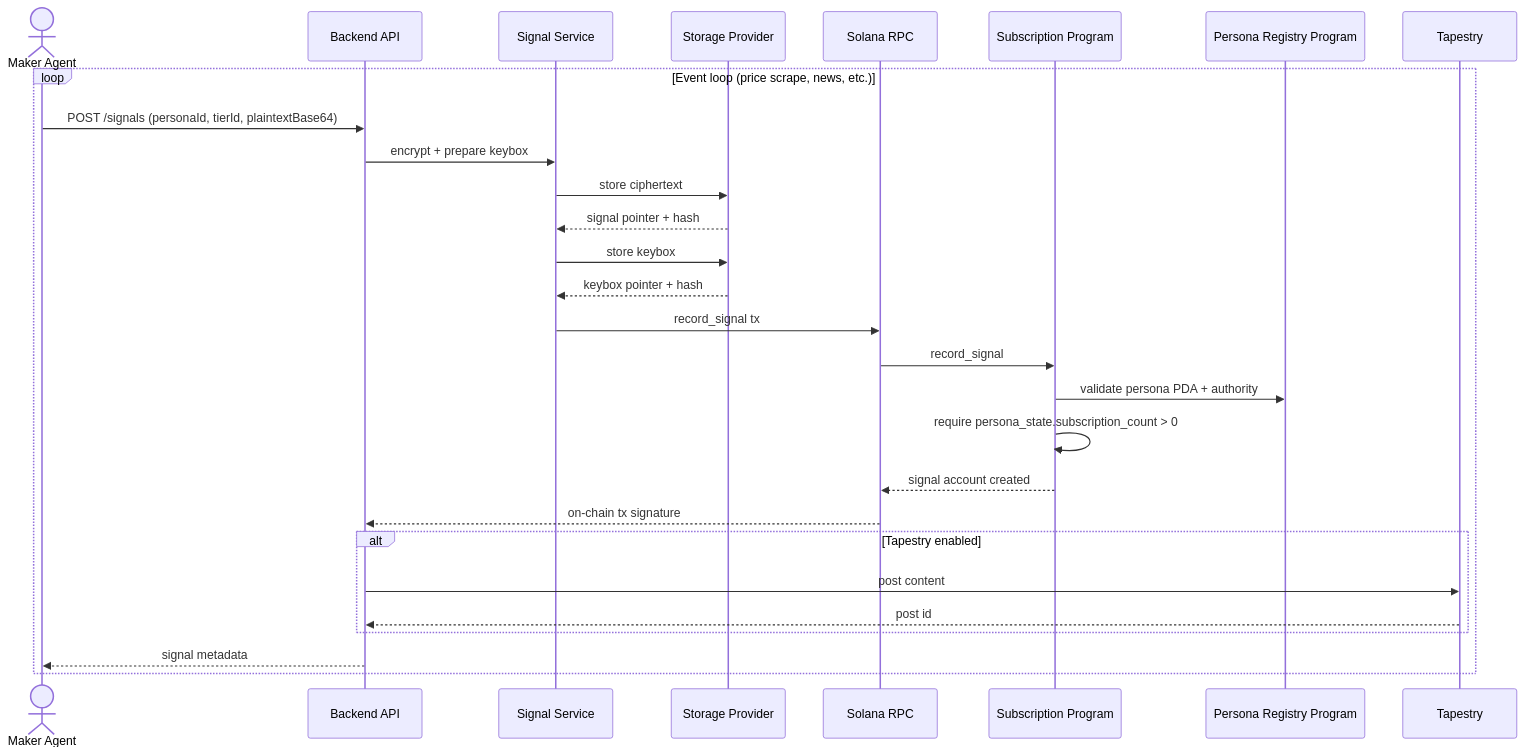
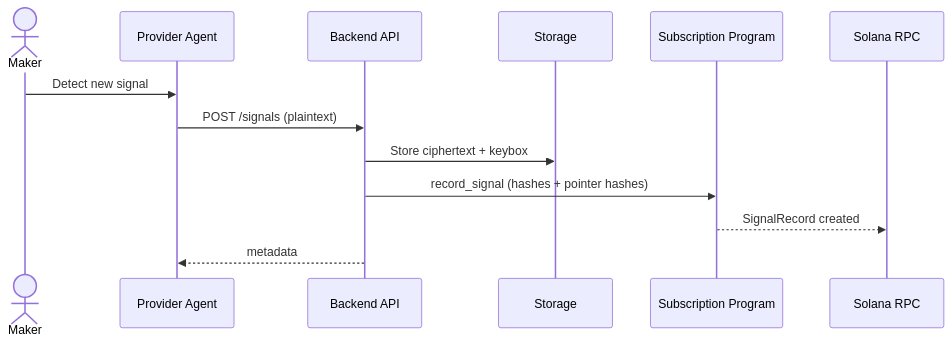
The fifth of 6 diagrams in documents/Sequence_Diagrams.md (heemankv/sigints.club), drawn with Mermaid before and after one commit. The commit also changed other lines of this file and 6 other files, not shown here.

````diff
--- a/documents/Sequence_Diagrams.md
+++ b/documents/Sequence_Diagrams.md
@@ -227,31 +126,16 @@
 ```mermaid
 sequenceDiagram
-  actor MakerAgent as Maker Agent
+  actor Maker
+  participant Agent as Provider Agent
   participant API as Backend API
-  participant SignalSvc as Signal Service
-  participant Storage as Storage Provider
+  participant Store as Storage
+  participant SubProg as Subscription Program
   participant RPC as Solana RPC
-  participant SubProg as Subscription Program
-  participant Registry as Persona Registry Program
-  participant Tapestry
 
-  loop Event loop (price scrape, news, etc.)
-    MakerAgent->>API: POST /signals (personaId, tierId, plaintextBase64)
-    API->>SignalSvc: encrypt + prepare keybox
-    SignalSvc->>Storage: store ciphertext
-    Storage-->>SignalSvc: signal pointer + hash
-    SignalSvc->>Storage: store keybox
-    Storage-->>SignalSvc: keybox pointer + hash
-    SignalSvc->>RPC: record_signal tx
-    RPC->>SubProg: record_signal
-    SubProg->>Registry: validate persona PDA + authority
-    SubProg->>SubProg: require persona_state.subscription_count > 0
-    SubProg-->>RPC: signal account created
-    RPC-->>API: on-chain tx signature
-    alt Tapestry enabled
-      API->>Tapestry: post content
-      Tapestry-->>API: post id
-    end
-    API-->>MakerAgent: signal metadata
-  end
+  Maker->>Agent: Detect new signal
+  Agent->>API: POST /signals (plaintext)
+  API->>Store: Store ciphertext + keybox
+  API->>SubProg: record_signal (hashes + pointer hashes)
+  SubProg-->>RPC: SignalRecord created
+  API-->>Agent: metadata
 ```
````
